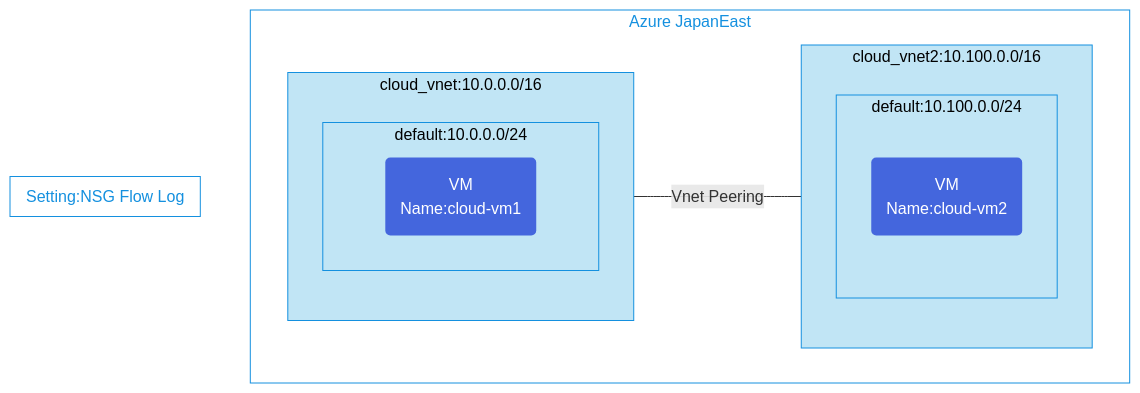
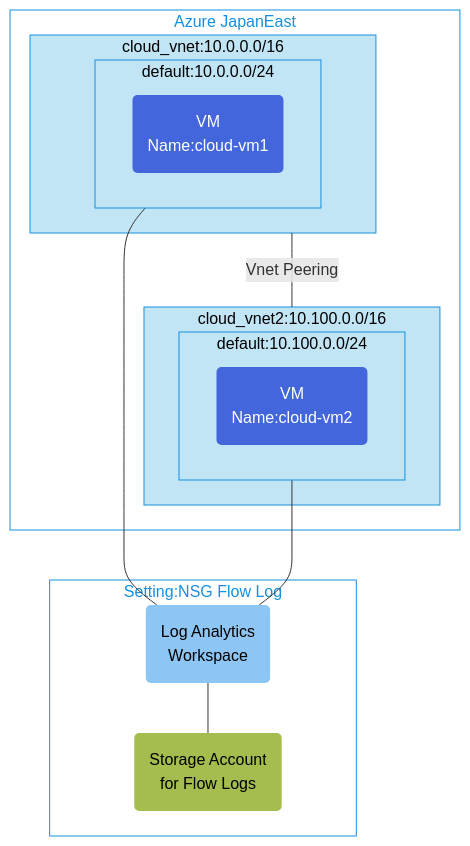
Before and after one commit to toizumi03/bicep-templates: the diagram in nsg-flowlog-v2v-env/README.md, drawn with Mermaid. The commit also changed other lines of this file, not shown here.

Commit message:
Update nsg-flowlog-v2v-env README with comprehensive documentation

````diff
--- a/nsg-flowlog-v2v-env/README.md
+++ b/nsg-flowlog-v2v-env/README.md
@@ -3,37 +4,48 @@
 ```mermaid
 graph TB;
 %% Groups and Services
 subgraph GR1[Azure JapanEast]
   subgraph GV1[cloud_vnet:10.0.0.0/16]
       subgraph GVS1[default:10.0.0.0/24]
         CP1("VM<br/>Name:cloud-vm1")
       end
 end
   subgraph GV2[cloud_vnet2:10.100.0.0/16]
       subgraph GVS3[default:10.100.0.0/24]
         CP2("VM<br/>Name:cloud-vm2")
       end
 end
 end
 
 subgraph GR3[Setting:NSG Flow Log]
+  LogAnalytics("Log Analytics<br/>Workspace")
+  Storage("Storage Account<br/>for Flow Logs")
 end
 
 %% Relation for resources
 GV1 --Vnet Peering--- GV2
+GVS1 --- LogAnalytics
+GVS3 --- LogAnalytics
+LogAnalytics --- Storage
 
 %% Groups style
 classDef GSR fill:#fff,color:#1490df,stroke:#1490df
 class GR1,GR2,GR3 GSR
 
 classDef SGV1 fill:#c1e5f5,color:#000,stroke:#1490df
 class GV1,GV2,GV3,GVS1,GVS2,GVS3,GVS4 SGV1
  
 %% Service Style
 classDef SCP fill:#4466dd,color:#fff,stroke:none
 class CP1,CP2,CP3 SCP
 
 classDef SVPNGW fill:#57d1ed,color:#000,stroke:none
 class ERGW1 SVPNGW
 
+classDef SVLogAnalytics fill:#8dc6f4,color:#000,stroke:none
+class LogAnalytics SVLogAnalytics
+
+classDef SVStorage fill:#a5bc4e,color:#000,stroke:none
+class Storage SVStorage
+
 ```
````
